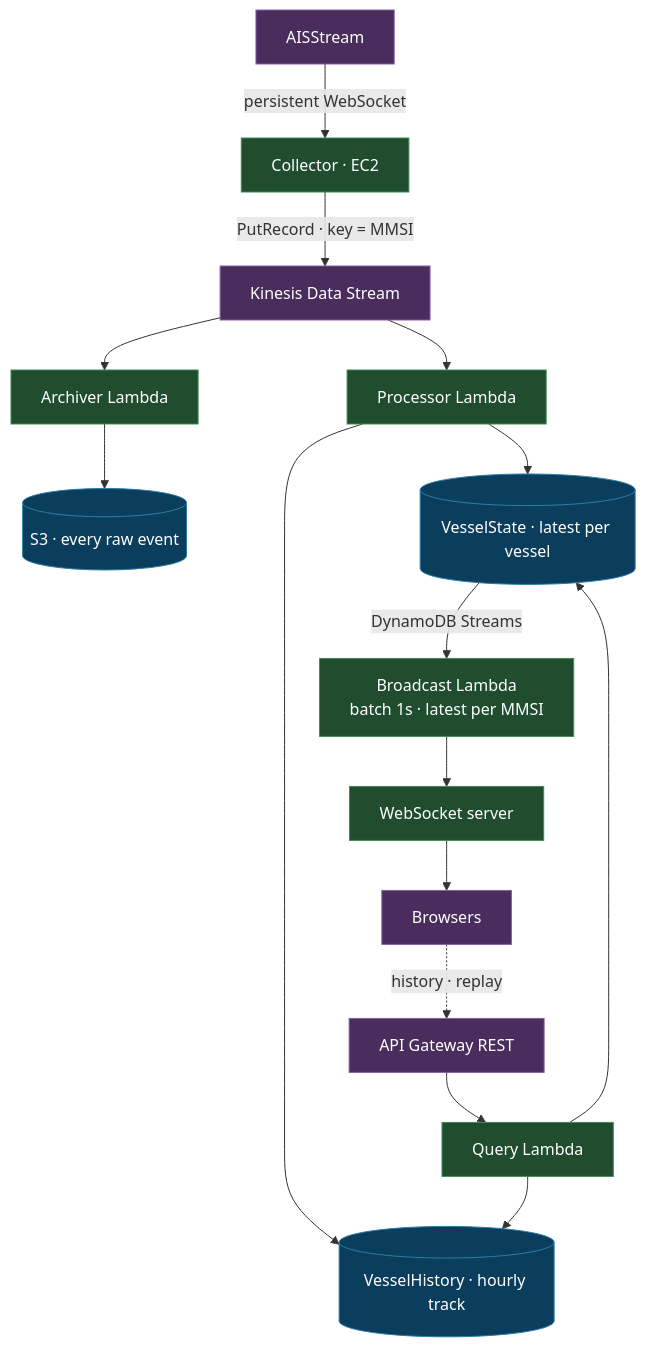
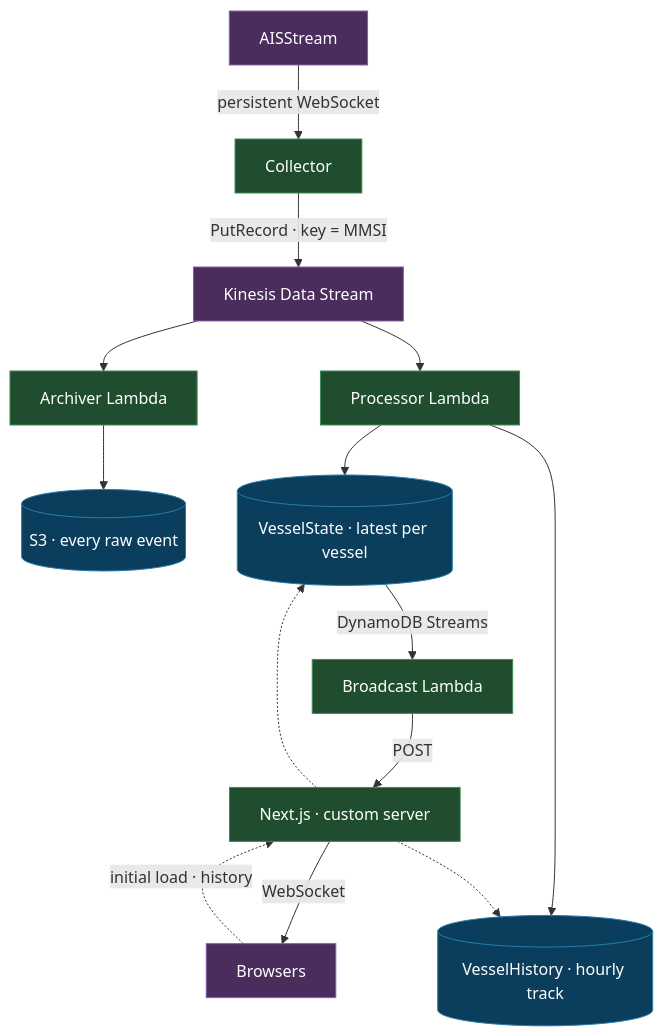
Before and after one commit to wilws/maritime_tracking: the second of 2 diagrams in README.md, drawn with Mermaid. The commit also changed other lines of this file, not shown here.

````diff
--- a/README.md
+++ b/README.md
@@ -48,28 +43,27 @@
 ```mermaid
 flowchart TD
-    AIS["AISStream"] -->|persistent WebSocket| COL["Collector · EC2"]
+    AIS["AISStream"] -->|persistent WebSocket| COL["Collector"]
     COL -->|"PutRecord · key = MMSI"| KIN["Kinesis Data Stream"]
 
     KIN --> L1["Processor Lambda"]
     KIN --> ARC["Archiver Lambda"]
 
     ARC --> S3[("S3 · every raw event")]
     L1 --> VS[("VesselState · latest per vessel")]
     L1 --> VH[("VesselHistory · hourly track")]
 
-    VS -->|DynamoDB Streams| L2["Broadcast Lambda<br/>batch 1s · latest per MMSI"]
-    L2 --> WS["WebSocket server"]
-    WS --> BR["Browsers"]
+    VS -->|DynamoDB Streams| L2["Broadcast Lambda"]
+    L2 -->|POST| NX["Next.js · custom server"]
+    NX -->|WebSocket| BR["Browsers"]
 
-    BR -.->|history · replay| API["API Gateway REST"]
-    API --> QL["Query Lambda"]
-    QL --> VH
-    QL --> VS
+    BR -.->|"initial load · history"| NX
+    NX -.-> VS
+    NX -.-> VH
 
     classDef store fill:#0b3d5c,stroke:#2a7fa8,color:#ffffff
     classDef compute fill:#1f4d2e,stroke:#3d8c57,color:#ffffff
     classDef edge fill:#4a2d5c,stroke:#8a5fa8,color:#ffffff
     class S3,VS,VH store
-    class COL,L1,L2,ARC,QL,WS compute
-    class AIS,BR,KIN,API edge
+    class COL,L1,L2,ARC,NX compute
+    class AIS,BR,KIN edge
 ```
````
